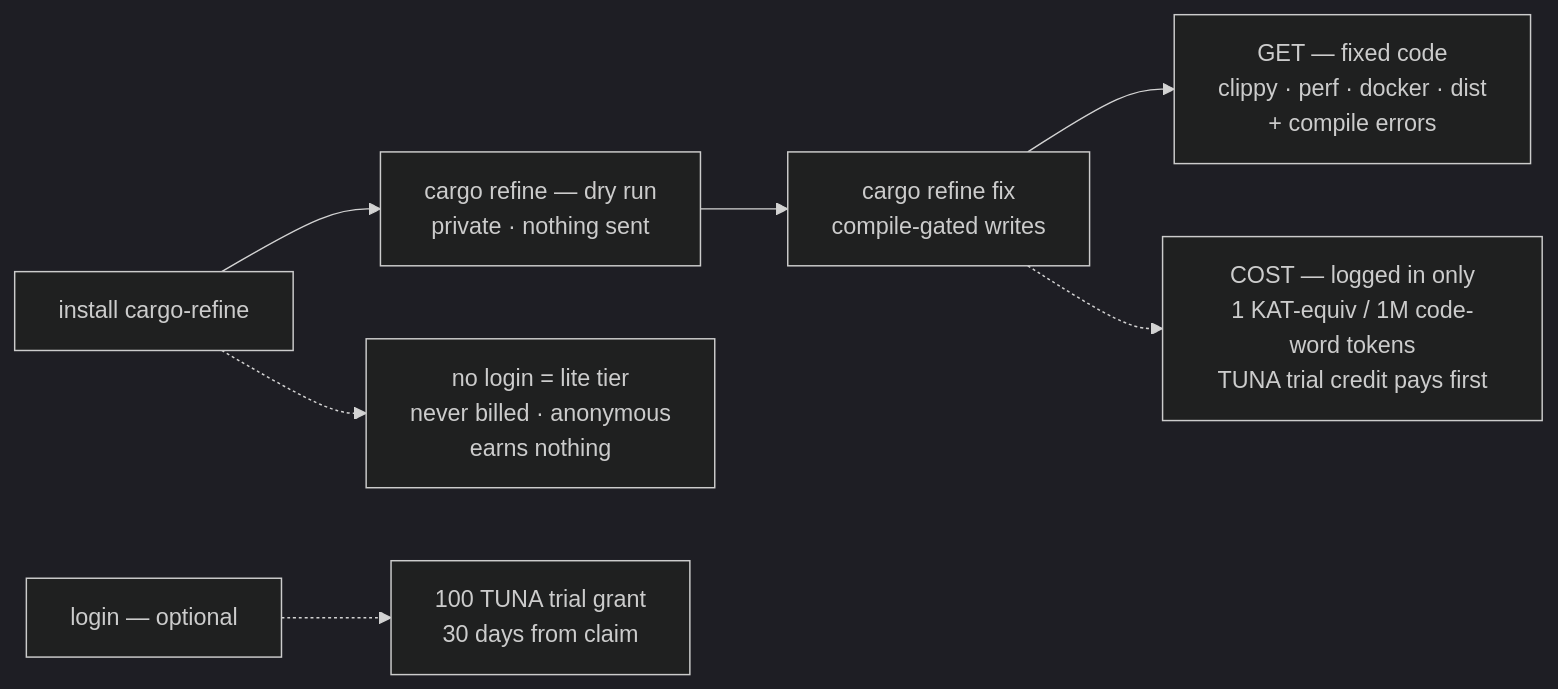
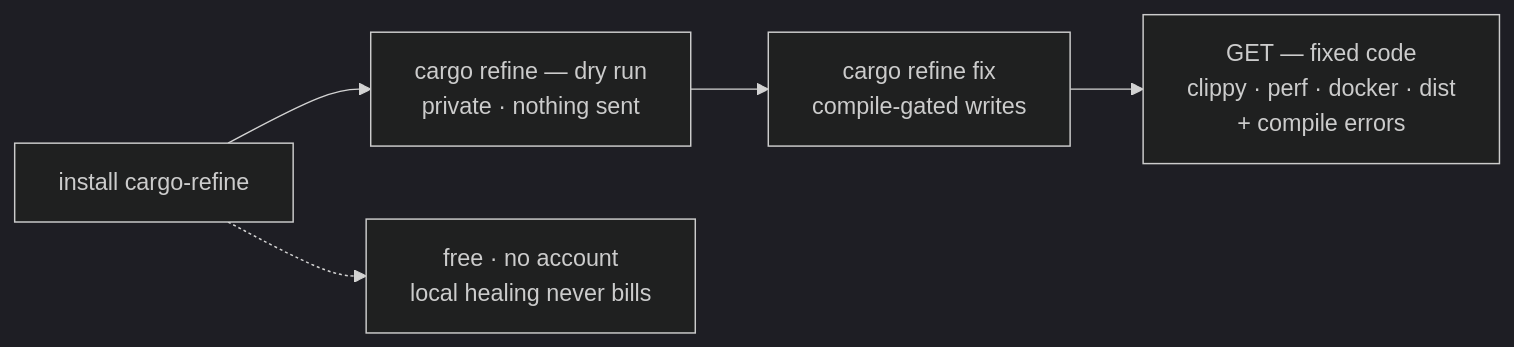
The first of 4 diagrams in .docs/01_orientation/role_flows.md (riir-ai/riir-refine), drawn with Mermaid (dark theme) before and after one commit. The commit also changed other lines of this file and 17 other files, not shown here.

````diff
--- a/.docs/01_orientation/role_flows.md
+++ b/.docs/01_orientation/role_flows.md
@@ -29,9 +31,7 @@
 ```mermaid
 flowchart LR
     INST["install cargo-refine"] --> DRY["cargo refine — dry run<br/>private · nothing sent"]
     DRY --> FIX["cargo refine fix<br/>compile-gated writes"]
     FIX --> GET["GET — fixed code<br/>clippy · perf · docker · dist<br/>+ compile errors"]
-    FIX -.-> COST["COST — logged in only<br/>1 KAT-equiv / 1M code-word tokens<br/>TUNA trial credit pays first"]
-    INST -.-> LITE["no login = lite tier<br/>never billed · anonymous<br/>earns nothing"]
-    LOGIN["login — optional"] -.-> GRANT["100 TUNA trial grant<br/>30 days from claim"]
+    INST -.-> FREE["free · no account<br/>local healing never bills"]
 ```
````
